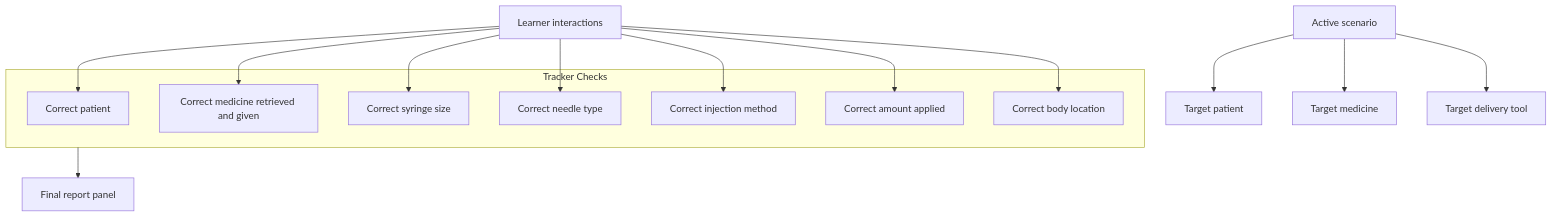
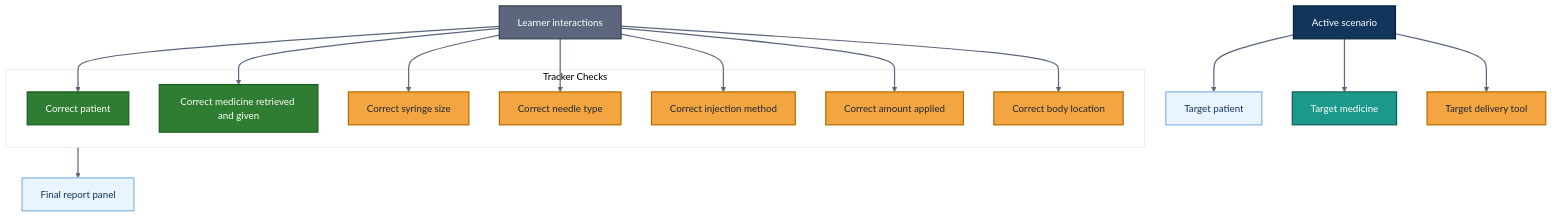
The ninth of 10 diagrams in README.md (djdcybersecurity/vr-healthcare-simulator), drawn with Mermaid before and after one commit. The commit also changed other lines of this file, not shown here.

Commit message:
Improve README Mermaid diagrams

````diff
--- a/README.md
+++ b/README.md
@@ -440,32 +546,52 @@
 ```mermaid
+%%{init: {'theme': 'base', 'themeVariables': { 'primaryColor': '#EAF4FF', 'primaryTextColor': '#1F2933', 'primaryBorderColor': '#1B998B', 'lineColor': '#5C677D', 'secondaryColor': '#F7FBFF', 'tertiaryColor': '#FFFFFF', 'fontFamily': 'Arial'}}}%%
 flowchart TB
     scenario["Active scenario"]
     targetPatient["Target patient"]
     targetMedicine["Target medicine"]
     targetTool["Target delivery tool"]
     interactions["Learner interactions"]
 
     subgraph checks [Tracker Checks]
         patientCheck["Correct patient"]
         medicineCheck["Correct medicine retrieved and given"]
         syringeCheck["Correct syringe size"]
         needleCheck["Correct needle type"]
         methodCheck["Correct injection method"]
         amountCheck["Correct amount applied"]
         locationCheck["Correct body location"]
     end
 
     report["Final report panel"]
 
     scenario --> targetPatient
     scenario --> targetMedicine
     scenario --> targetTool
     interactions --> patientCheck
     interactions --> medicineCheck
     interactions --> syringeCheck
     interactions --> needleCheck
     interactions --> methodCheck
     interactions --> amountCheck
     interactions --> locationCheck
     checks --> report
+
+    class scenario actionClass;
+    class targetPatient patientClass;
+    class targetMedicine medClass;
+    class targetTool toolClass;
+    class interactions inputClass;
+    class patientCheck,medicineCheck successClass;
+    class syringeCheck,needleCheck,methodCheck,amountCheck,locationCheck alertClass;
+    class report frontClass;
+
+    classDef actionClass fill:#12355B,color:#FFFFFF,stroke:#0B2038,stroke-width:2px;
+    classDef patientClass fill:#EAF4FF,color:#12355B,stroke:#86B7E7,stroke-width:2px;
+    classDef medClass fill:#1B998B,color:#FFFFFF,stroke:#0E5E55,stroke-width:2px;
+    classDef toolClass fill:#F2A541,color:#1F2933,stroke:#B66D00,stroke-width:2px;
+    classDef inputClass fill:#5C677D,color:#FFFFFF,stroke:#374151,stroke-width:2px;
+    classDef successClass fill:#2E7D32,color:#FFFFFF,stroke:#1B5E20,stroke-width:2px;
+    classDef alertClass fill:#F2A541,color:#1F2933,stroke:#B66D00,stroke-width:2px;
+    classDef frontClass fill:#EAF4FF,color:#12355B,stroke:#86B7E7,stroke-width:2px;
+    linkStyle default stroke:#5C677D,stroke-width:2px;
 ```
````
